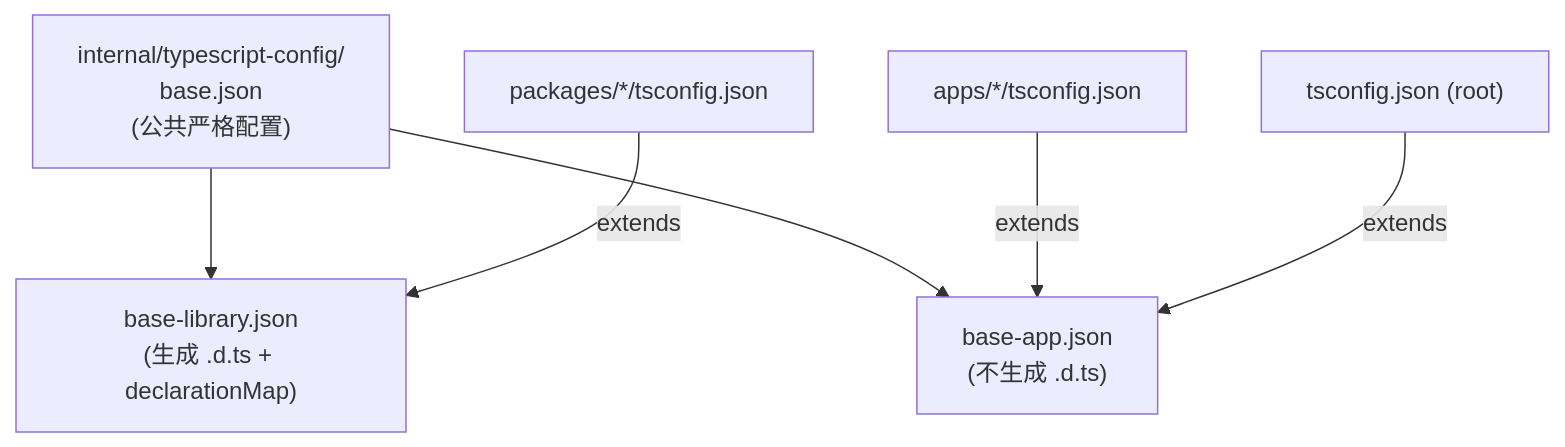
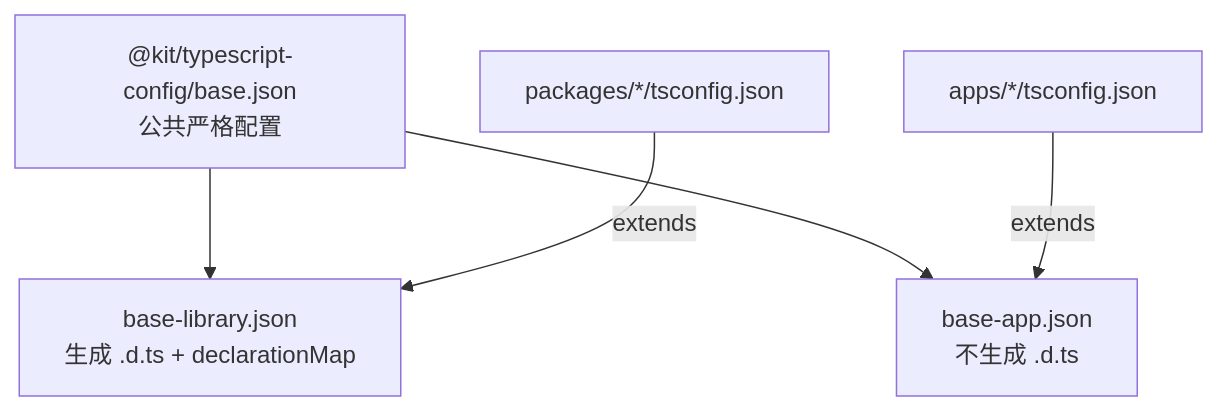
Diagram 13 of 18 in docs/guide/architecture.md (sunweijieMJ/aix), drawn with Mermaid before and after one commit. The commit also changed other lines of this file and 3 other files, not shown here.

First line of the commit message:
docs: 完善架构设计文档，优化 Mermaid 图表

````diff
--- a/docs/guide/architecture.md
+++ b/docs/guide/architecture.md
@@ -342,13 +649,12 @@
 ```mermaid
 graph TD
-    base["internal/typescript-config/<br/>base.json<br/>(公共严格配置)"]
-    lib["base-library.json<br/>(生成 .d.ts + declarationMap)"]
-    app["base-app.json<br/>(不生成 .d.ts)"]
+    base["@kit/typescript-config/base.json<br/>公共严格配置"]
+    lib["base-library.json<br/>生成 .d.ts + declarationMap"]
+    app["base-app.json<br/>不生成 .d.ts"]
 
     base --> lib
     base --> app
 
     pkg["packages/*/tsconfig.json"] -->|extends| lib
     appCfg["apps/*/tsconfig.json"] -->|extends| app
-    root["tsconfig.json (root)"] -->|extends| app
 ```
````
